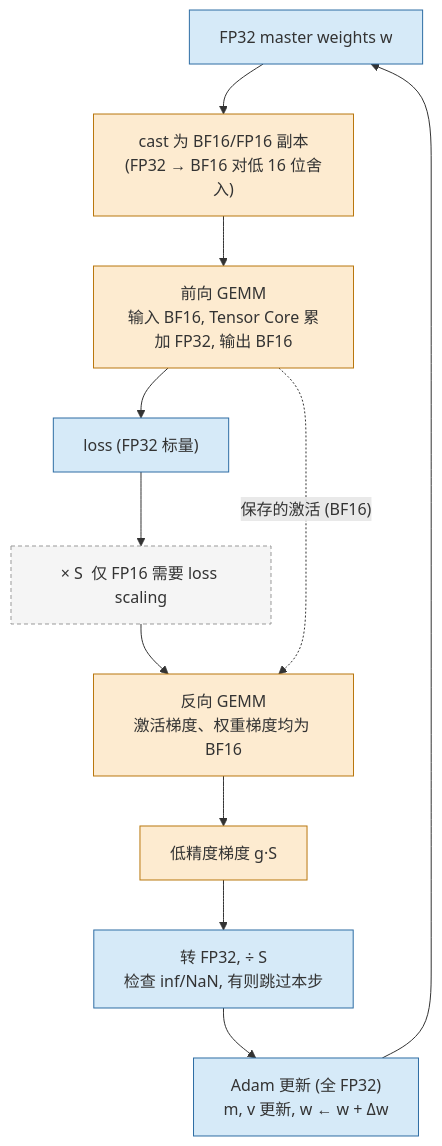
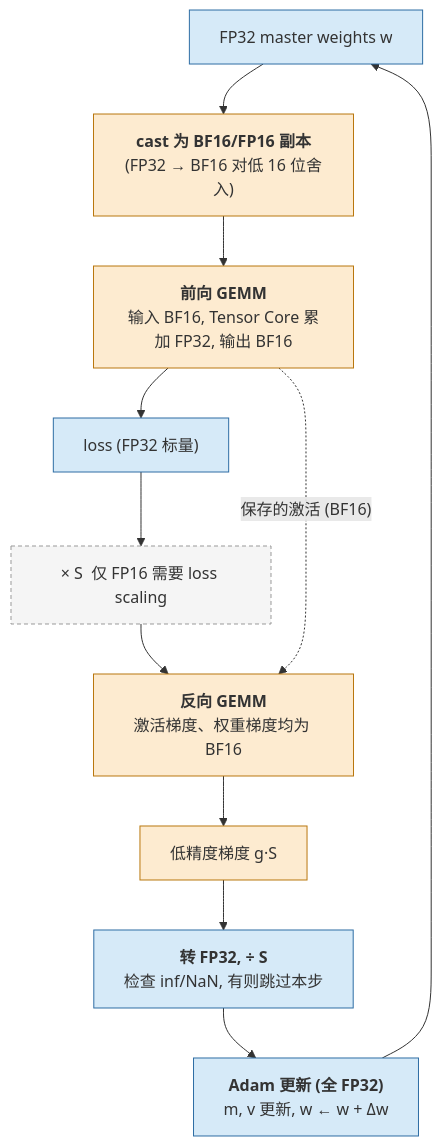
Before and after one commit to arganzheng/arganzheng.github.com: the first of 3 diagrams in _posts/2026-04-08-floating-point-formats-and-mixed-precision.md, drawn with Mermaid. The commit also changed other lines of this file and 9 other files, not shown here.

First line of the commit message:
现代 LLM 结构：从 GPT-2 到今天的演进：Mermaid 多行方框的首行标为标题（10 篇）

````diff
--- a/_posts/2026-04-08-floating-point-formats-and-mixed-precision.md
+++ b/_posts/2026-04-08-floating-point-formats-and-mixed-precision.md
@@ -238,21 +238,21 @@
 ```mermaid
 %% 图：混合精度一步迭代的精度标注：低精度只出现在环路中段，master weights 与更新始终留在 FP32
 flowchart TB
     master["FP32 master weights w"]
-    cast["cast 为 BF16/FP16 副本<br/>(FP32 → BF16 对低 16 位舍入)"]
-    fwd["前向 GEMM<br/>输入 BF16, Tensor Core 累加 FP32, 输出 BF16"]
+    cast["<b>cast 为 BF16/FP16 副本</b><br/>(FP32 → BF16 对低 16 位舍入)"]
+    fwd["<b>前向 GEMM</b><br/>输入 BF16, Tensor Core 累加 FP32, 输出 BF16"]
     loss["loss (FP32 标量)"]
     scale["× S  仅 FP16 需要 loss scaling"]
-    bwd["反向 GEMM<br/>激活梯度、权重梯度均为 BF16"]
+    bwd["<b>反向 GEMM</b><br/>激活梯度、权重梯度均为 BF16"]
     grad["低精度梯度 g·S"]
-    unscale["转 FP32, ÷ S<br/>检查 inf/NaN, 有则跳过本步"]
-    opt["Adam 更新 (全 FP32)<br/>m, v 更新, w ← w + Δw"]
+    unscale["<b>转 FP32, ÷ S</b><br/>检查 inf/NaN, 有则跳过本步"]
+    opt["<b>Adam 更新 (全 FP32)</b><br/>m, v 更新, w ← w + Δw"]
     master --> cast --> fwd --> loss --> scale --> bwd --> grad --> unscale --> opt --> master
     fwd -.->|"保存的激活 (BF16)"| bwd
     classDef fp32 fill:#d6eaf8,stroke:#2e6da4;
     classDef low fill:#fdebd0,stroke:#b9770e;
     classDef fp16only fill:#f5f5f5,stroke:#999,stroke-dasharray:4 3;
     class master,loss,unscale,opt fp32;
     class cast,fwd,bwd,grad low;
     class scale fp16only;
 ```
````
